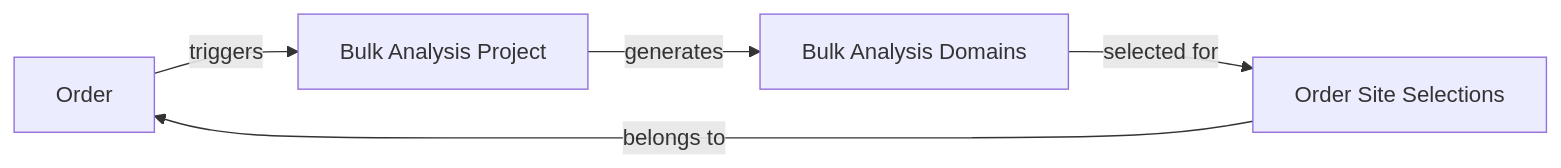
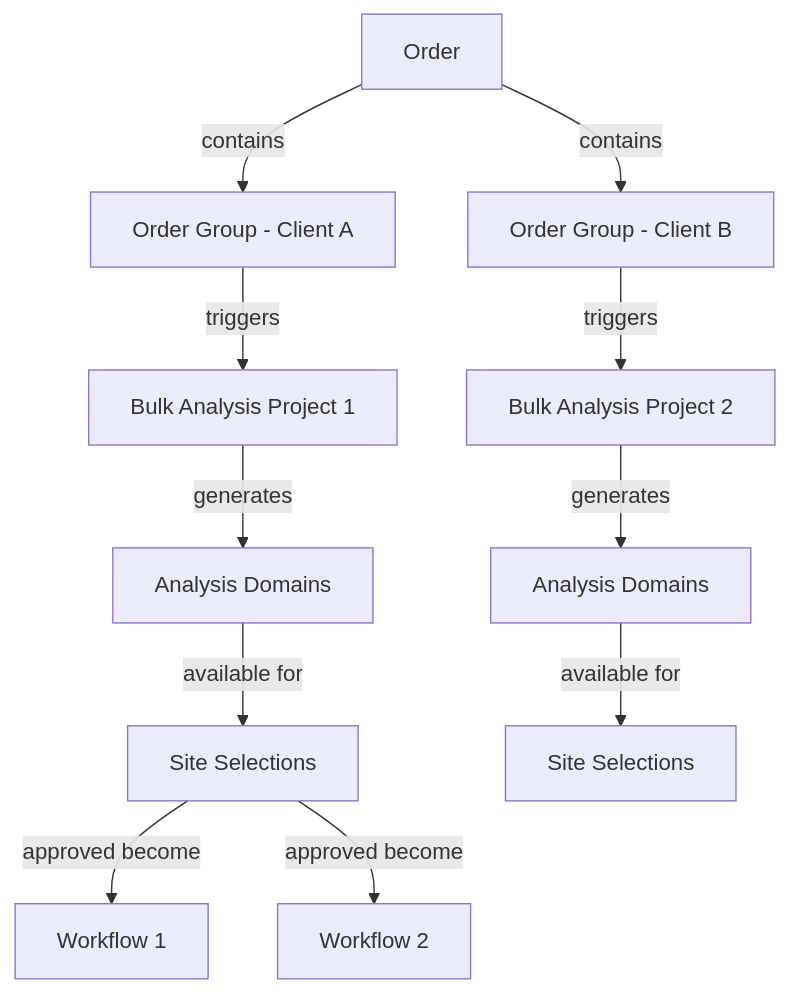
One commit to ajaypag/guest-post-workflow changed the first of 2 diagrams in docs/architecture/ORDER_SCHEMA_DESIGN.md. Above: the diagram before and after it, drawn with Mermaid. The commit also changed other lines of this file and 2 other files, not shown here.

First line of the commit message:
feat: Revise architecture for multi-client orders and flexible site review

````diff
--- a/docs/architecture/ORDER_SCHEMA_DESIGN.md
+++ b/docs/architecture/ORDER_SCHEMA_DESIGN.md
@@ -85,7 +106,13 @@
 ```mermaid
-graph LR
-    O[Order] -->|triggers| BAP[Bulk Analysis Project]
-    BAP -->|generates| BAD[Bulk Analysis Domains]
-    BAD -->|selected for| OSS[Order Site Selections]
-    OSS -->|belongs to| O
+graph TD
+    O[Order] -->|contains| OG1[Order Group - Client A]
+    O -->|contains| OG2[Order Group - Client B]
+    OG1 -->|triggers| BAP1[Bulk Analysis Project 1]
+    OG2 -->|triggers| BAP2[Bulk Analysis Project 2]
+    BAP1 -->|generates| BAD1[Analysis Domains]
+    BAP2 -->|generates| BAD2[Analysis Domains]
+    BAD1 -->|available for| OSS1[Site Selections]
+    BAD2 -->|available for| OSS2[Site Selections]
+    OSS1 -->|approved become| W1[Workflow 1]
+    OSS1 -->|approved become| W2[Workflow 2]
 ```
````
